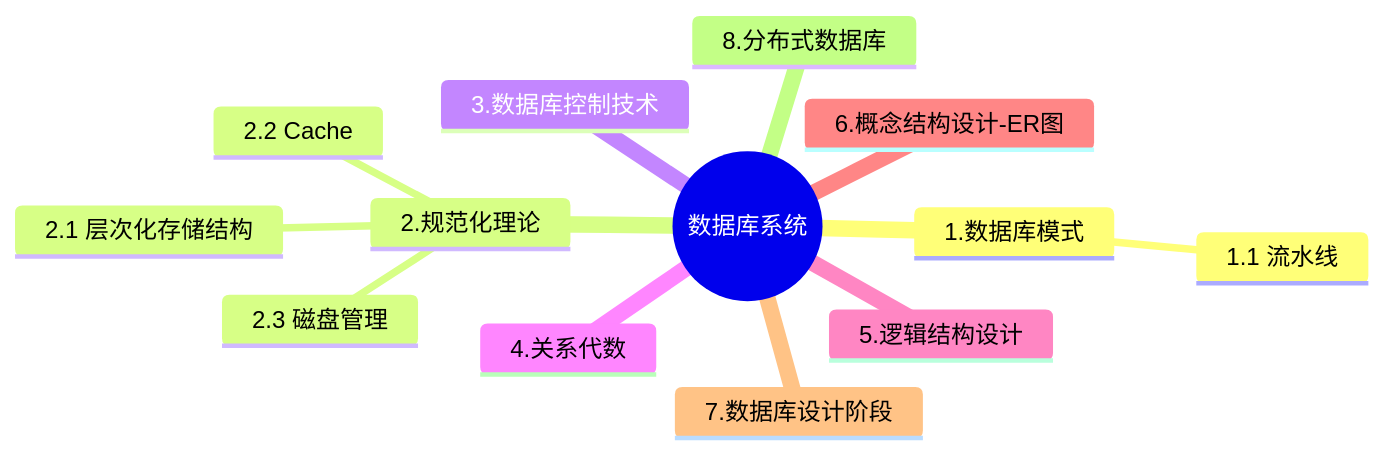
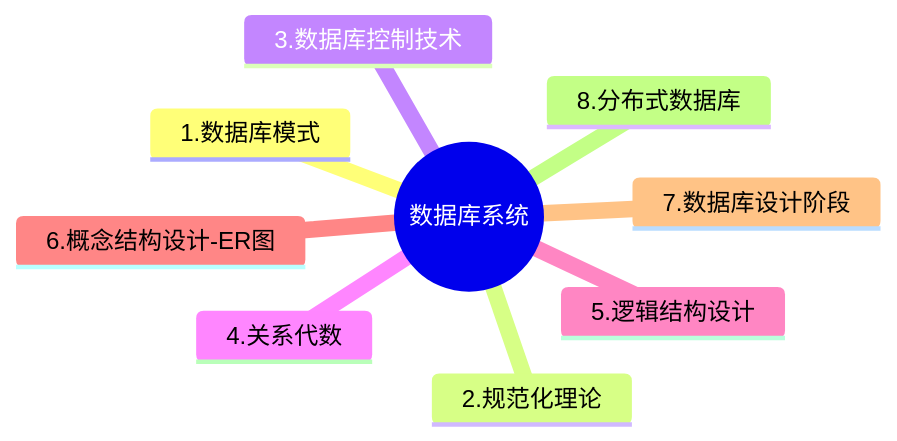
One commit to AaronYang0628/docs changed the diagram in content/RuanKao/notes/Databases.md. Above: the diagram before and after it, drawn with Mermaid. The commit also changed other lines of this file and 4 other files, not shown here.

````diff
--- a/content/RuanKao/notes/Databases.md
+++ b/content/RuanKao/notes/Databases.md
@@ -7,16 +7,12 @@
 ```mermaid
 mindmap
   root((数据库系统))
     1.数据库模式
-        1.1 流水线
     2.规范化理论
-        2.1 层次化存储结构
-        2.2 Cache
-        2.3 磁盘管理
     3.数据库控制技术
     4.关系代数
     5.逻辑结构设计
     6.概念结构设计-ER图
     7.数据库设计阶段
     8.分布式数据库
 ```
````
